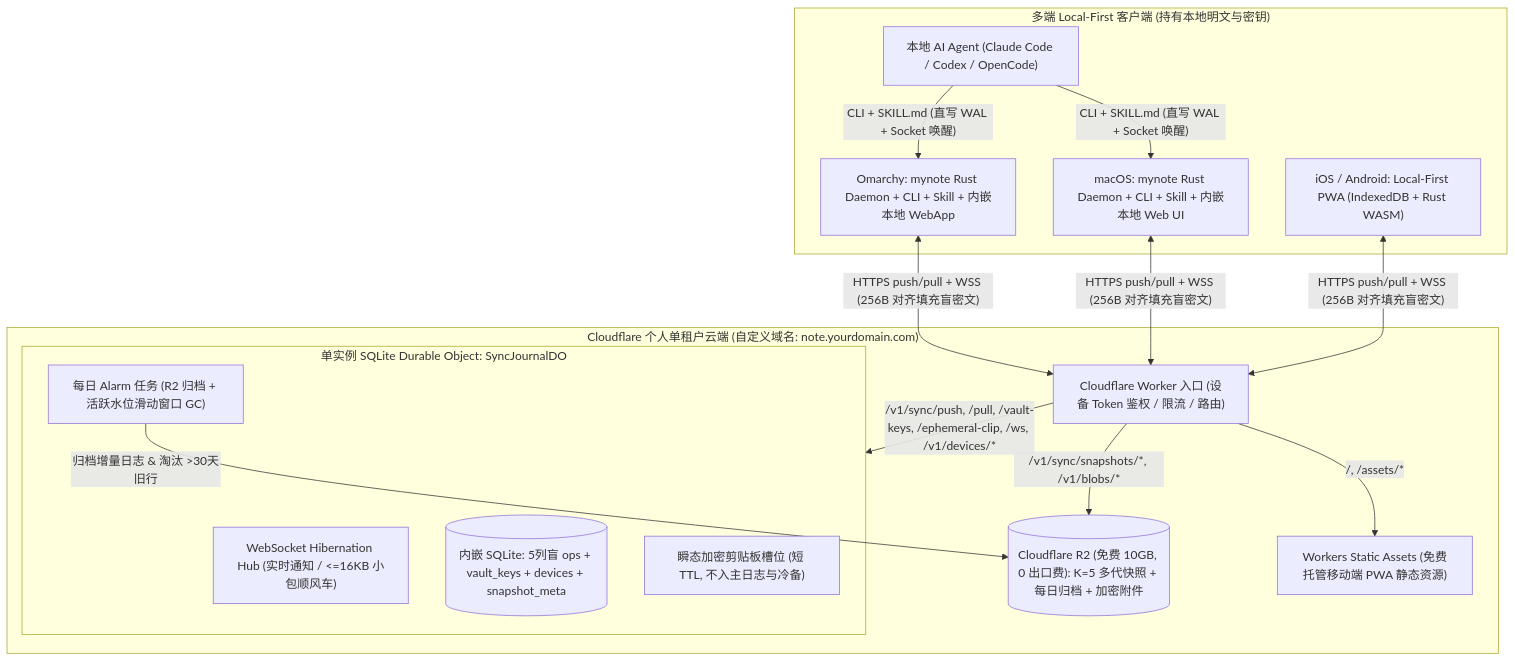
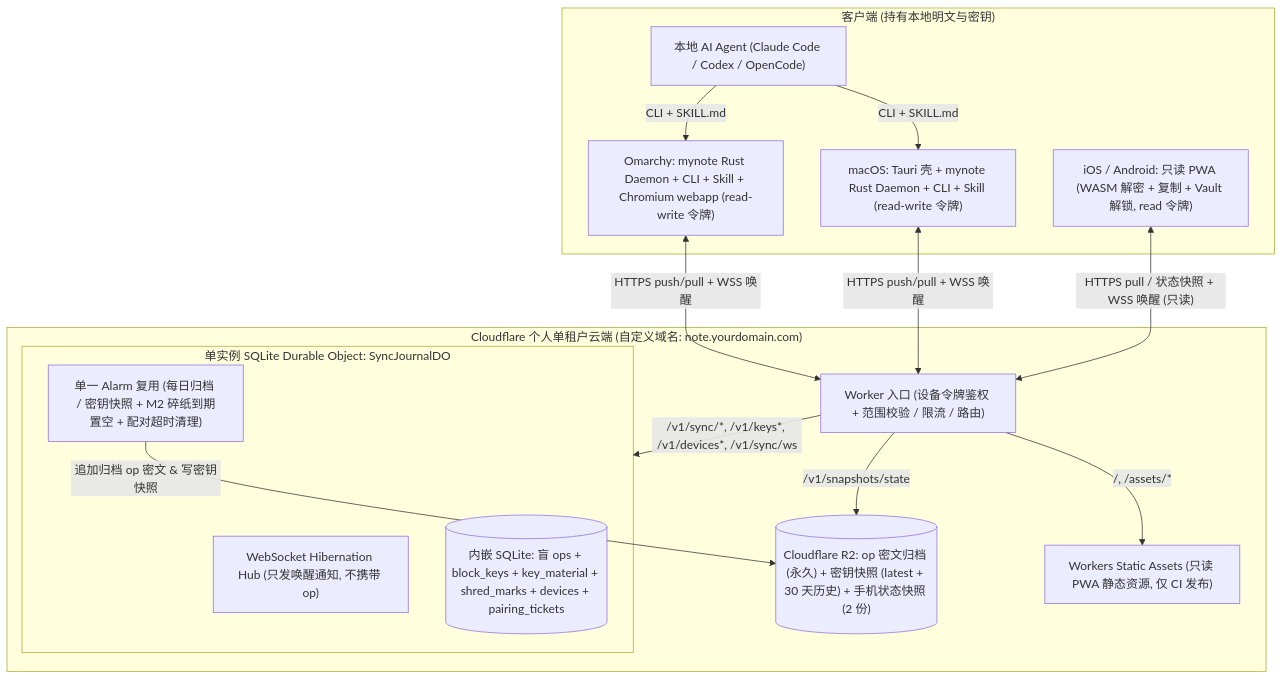
The diagram in docs/cloudflare-cloud-architecture.md (gray0128/my-note), drawn with Mermaid before and after one commit. The commit also changed other lines of this file and 16 other files, not shown here.

````diff
--- a/docs/cloudflare-cloud-architecture.md
+++ b/docs/cloudflare-cloud-architecture.md
@@ -60,34 +66,33 @@
 ```mermaid
 flowchart TD
-    subgraph Clients["多端 Local-First 客户端 (持有本地明文与密钥)"]
-        Mac["macOS: mynote Rust Daemon + CLI + Skill + 内嵌本地 Web UI"]
-        Linux["Omarchy: mynote Rust Daemon + CLI + Skill + 内嵌本地 WebApp"]
-        Phone["iOS / Android: Local-First PWA (IndexedDB + Rust WASM)"]
+    subgraph Clients["客户端 (持有本地明文与密钥)"]
+        Mac["macOS: Tauri 壳 + mynote Rust Daemon + CLI + Skill (read-write 令牌)"]
+        Linux["Omarchy: mynote Rust Daemon + CLI + Skill + Chromium webapp (read-write 令牌)"]
+        Phone["iOS / Android: 只读 PWA (WASM 解密 + 复制 + Vault 解锁, read 令牌)"]
         Agent["本地 AI Agent (Claude Code / Codex / OpenCode)"]
-        Agent -->|"CLI + SKILL.md (直写 WAL + Socket 唤醒)"| Mac
-        Agent -->|"CLI + SKILL.md (直写 WAL + Socket 唤醒)"| Linux
+        Agent -->|"CLI + SKILL.md"| Mac
+        Agent -->|"CLI + SKILL.md"| Linux
     end
 
     subgraph CF["Cloudflare 个人单租户云端 (自定义域名: note.yourdomain.com)"]
-        Edge["Cloudflare Worker 入口 (设备 Token 鉴权 / 限流 / 路由)"]
-        Assets["Workers Static Assets (免费托管移动端 PWA 静态资源)"]
+        Edge["Worker 入口 (设备令牌鉴权 + 范围校验 / 限流 / 路由)"]
+        Assets["Workers Static Assets (只读 PWA 静态资源, 仅 CI 发布)"]
 
         subgraph DO_Box["单实例 SQLite Durable Object: SyncJournalDO"]
-            WS["WebSocket Hibernation Hub (实时通知 / <=16KB 小包顺风车)"]
-            SQL[("内嵌 SQLite: 5列盲 ops + vault_keys + devices + snapshot_meta")]
-            Clip["瞬态加密剪贴板槽位 (短 TTL, 不入主日志与冷备)"]
-            Alarm["每日 Alarm 任务 (R2 归档 + 活跃水位滑动窗口 GC)"]
+            WS["WebSocket Hibernation Hub (只发唤醒通知, 不携带 op)"]
+            SQL[("内嵌 SQLite: 盲 ops + block_keys + key_material + shred_marks + devices + pairing_tickets")]
+            Alarm["单一 Alarm 复用 (每日归档 / 密钥快照 + M2 碎纸到期置空 + 配对超时清理)"]
         end
 
-        R2[("Cloudflare R2 (免费 10GB, 0 出口费): K=5 多代快照 + 每日归档 + 加密附件")]
+        R2[("Cloudflare R2: op 密文归档 (永久) + 密钥快照 (latest + 30 天历史) + 手机状态快照 (2 份)")]
 
         Edge -->|"/, /assets/*"| Assets
-        Edge -->|"/v1/sync/push, /pull, /vault-keys, /ephemeral-clip, /ws, /v1/devices/*"| DO_Box
-        Edge -->|"/v1/sync/snapshots/*, /v1/blobs/*"| R2
-        Alarm -->|"归档增量日志 & 淘汰 >30天旧行"| R2
+        Edge -->|"/v1/sync/*, /v1/keys*, /v1/devices*, /v1/sync/ws"| DO_Box
+        Edge -->|"/v1/snapshots/state"| R2
+        Alarm -->|"追加归档 op 密文 & 写密钥快照"| R2
     end
 
-    Mac <-->|"HTTPS push/pull + WSS (256B 对齐填充盲密文)"| Edge
-    Linux <-->|"HTTPS push/pull + WSS (256B 对齐填充盲密文)"| Edge
-    Phone <-->|"HTTPS push/pull + WSS (256B 对齐填充盲密文)"| Edge
+    Mac <-->|"HTTPS push/pull + WSS 唤醒"| Edge
+    Linux <-->|"HTTPS push/pull + WSS 唤醒"| Edge
+    Phone <-->|"HTTPS pull / 状态快照 + WSS 唤醒 (只读)"| Edge
 ```
````
